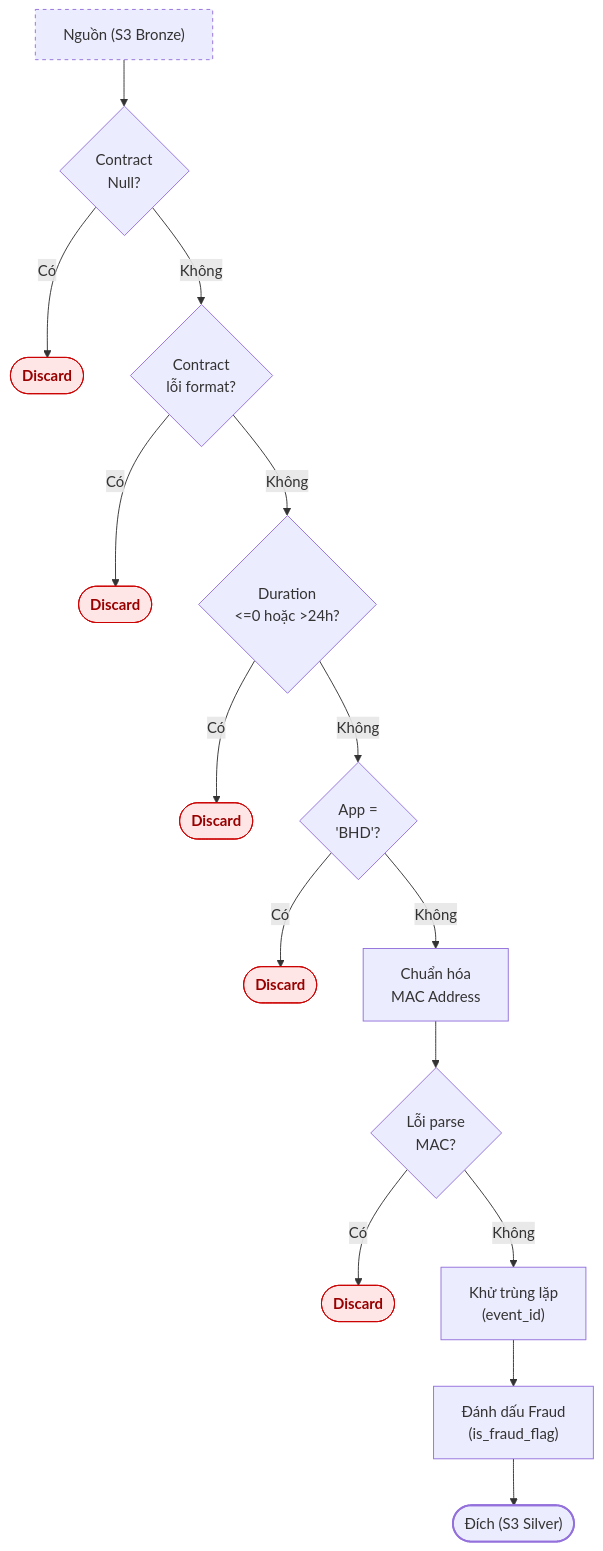
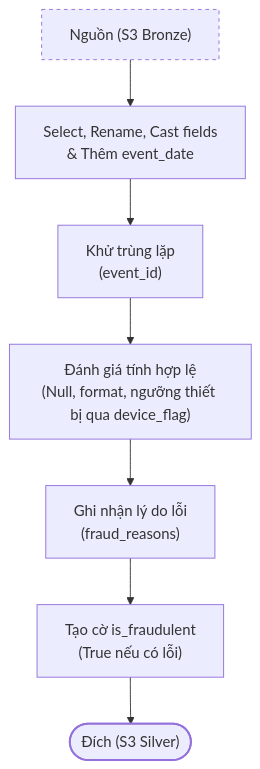
One commit to latdat/End-to-End-IPTV-Data-Pipeline-AWS-Lakehouse-Architecture changed the second of 2 diagrams in docs/architecture/2.data-flow.md. Above: the diagram before and after it, drawn with Mermaid. The commit also changed other lines of this file and 5 other files, not shown here.

Commit message:
docs: update architecture and data dictionary

````diff
--- a/docs/architecture/2.data-flow.md
+++ b/docs/architecture/2.data-flow.md
@@ -87,22 +90,12 @@
 ```mermaid
 flowchart TD
-    A["Nguồn (S3 Bronze)"] --> B{Contract<br>Null?}
-    B -->|Có| X1([Discard])
-    B -->|Không| D{Contract<br>lỗi format?}
-    D -->|Có| X2([Discard])
-    D -->|Không| F{Duration<br><=0 hoặc >24h?}
-    F -->|Có| X3([Discard])
-    F -->|Không| H{App =<br>'BHD'?}
-    H -->|Có| X4([Discard])
-    H -->|Không| I["Chuẩn hóa<br>MAC Address"]
-    I --> J{Lỗi parse<br>MAC?}
-    J -->|Có| X5([Discard])
-    J -->|Không| K["Khử trùng lặp<br>(event_id)"]
-    K --> L["Đánh dấu Fraud<br>(is_fraud_flag)"]
-    L --> M(["Đích (S3 Silver)"])
+    A["Nguồn (S3 Bronze)"] --> B["Select, Rename, Cast fields<br>& Thêm event_date"]
+    B --> K["Khử trùng lặp<br>(event_id)"]
+    K --> L["Đánh giá tính hợp lệ<br>(Null, format, ngưỡng thiết bị qua device_flag)"]
+    L --> M["Ghi nhận lý do lỗi<br>(fraud_reasons)"]
+    M --> N["Tạo cờ is_fraudulent<br>(True nếu có lỗi)"]
+    N --> O(["Đích (S3 Silver)"])
 
-    classDef discard fill:#ffe6e6,stroke:#cc0000,stroke-width:1px,color:#990000,font-weight:bold
-    class X1,X2,X3,X4,X5 discard
     style A stroke-dasharray:4 4
-    style M stroke-width:2px
+    style O stroke-width:2px
 ```
````
